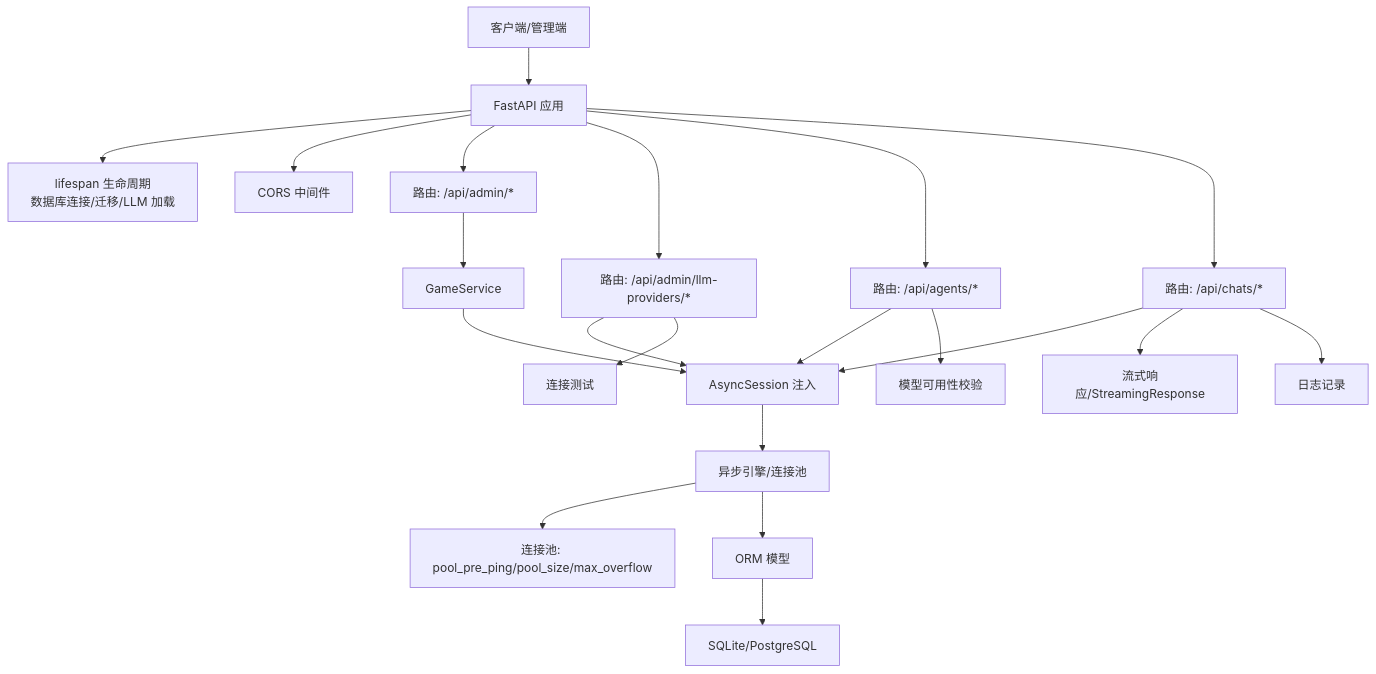
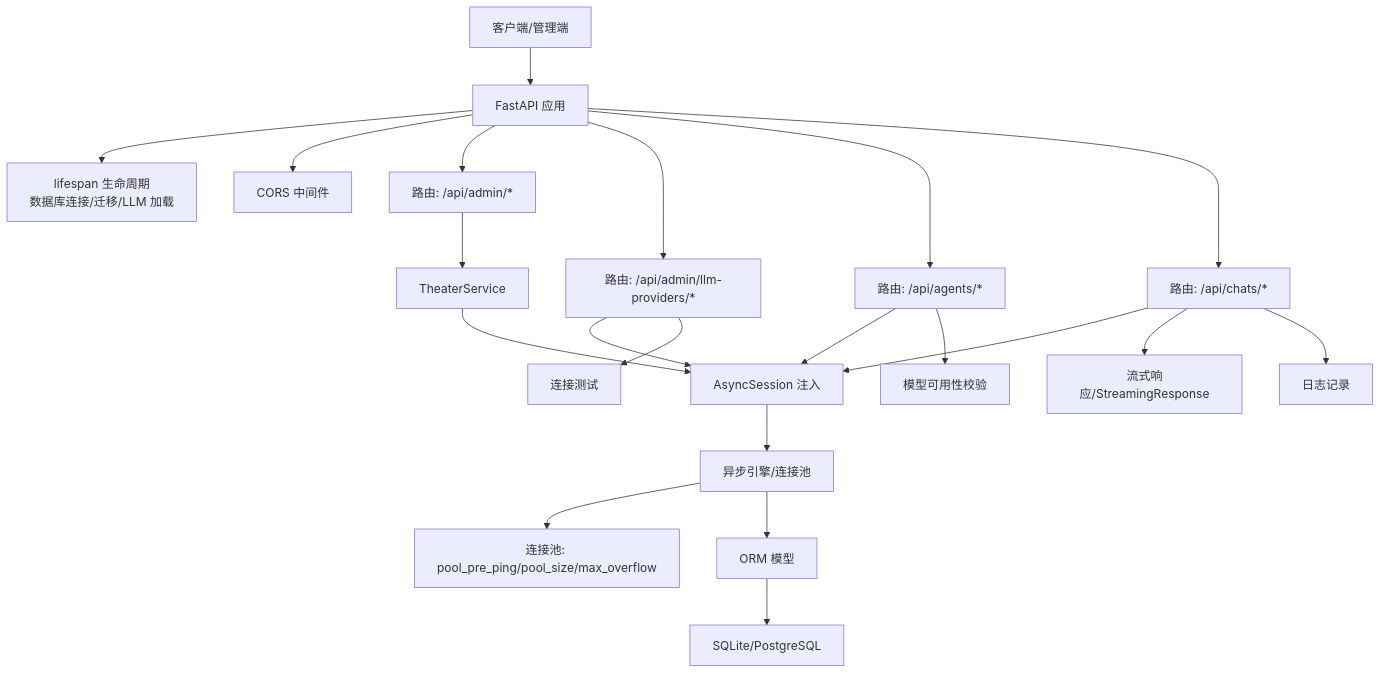
The second of 6 diagrams in .qoder/repowiki/zh/content/系统架构/后端架构.md (KunLabAI/KunFlix), drawn with Mermaid before and after one commit. The commit also changed other lines of this file and 112 other files, not shown here.

````diff
--- a/.qoder/repowiki/zh/content/系统架构/后端架构.md
+++ b/.qoder/repowiki/zh/content/系统架构/后端架构.md
@@ -119,23 +119,23 @@
 ```mermaid
 graph TB
 CLIENT["客户端/管理端"] --> API["FastAPI 应用"]
 API --> LIFESPN["lifespan 生命周期<br/>数据库连接/迁移/LLM 加载"]
 API --> CORS["CORS 中间件"]
 API --> ROUTER_ADMIN["路由: /api/admin/*"]
 API --> ROUTER_LLM["路由: /api/admin/llm-providers/*"]
 API --> ROUTER_AGENTS["路由: /api/agents/*"]
 API --> ROUTER_CHATS["路由: /api/chats/*"]
-ROUTER_ADMIN --> SVC["GameService"]
+ROUTER_ADMIN --> SVC["TheaterService"]
 ROUTER_LLM --> DB["AsyncSession 注入"]
 ROUTER_AGENTS --> DB
 ROUTER_CHATS --> DB
 SVC --> DB
 DB --> ENGINE["异步引擎/连接池"]
 ENGINE --> POOL["连接池: pool_pre_ping/pool_size/max_overflow"]
 ENGINE --> MODELS["ORM 模型"]
 MODELS --> STORE["SQLite/PostgreSQL"]
 ROUTER_CHATS --> STREAM["流式响应/StreamingResponse"]
 ROUTER_CHATS --> LOG["日志记录"]
 ROUTER_LLM --> TEST["连接测试"]
 ROUTER_AGENTS --> VALID["模型可用性校验"]
 ```
````
